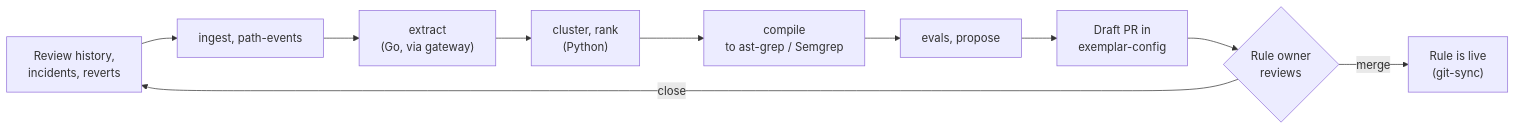
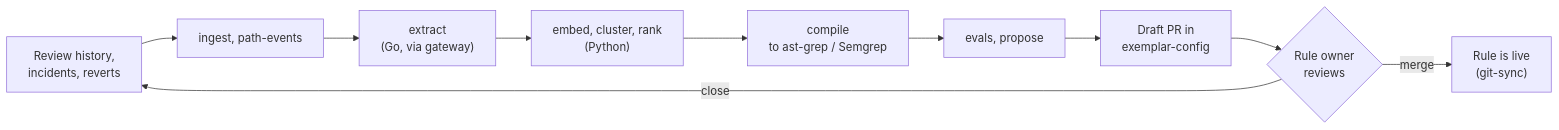
One commit to koblas/exemplar changed the third of 5 diagrams in docs/concepts/architecture.md. Above: the diagram before and after it, drawn with Mermaid. The commit also changed other lines of this file and 26 other files, not shown here.

````diff
--- a/docs/concepts/architecture.md
+++ b/docs/concepts/architecture.md
@@ -104,12 +104,12 @@
 ```mermaid
 flowchart LR
   A["Review history,<br/>incidents, reverts"] --> B["ingest, path-events"]
   B --> C["extract<br/>(Go, via gateway)"]
-  C --> D["cluster, rank<br/>(Python)"]
+  C --> D["embed, cluster, rank<br/>(Python)"]
   D --> E["compile<br/>to ast-grep / Semgrep"]
   E --> F["evals, propose"]
   F --> G["Draft PR in<br/>exemplar-config"]
   G --> H{"Rule owner<br/>reviews"}
   H -- merge --> I["Rule is live<br/>(git-sync)"]
   H -- close --> A
 ```
````
